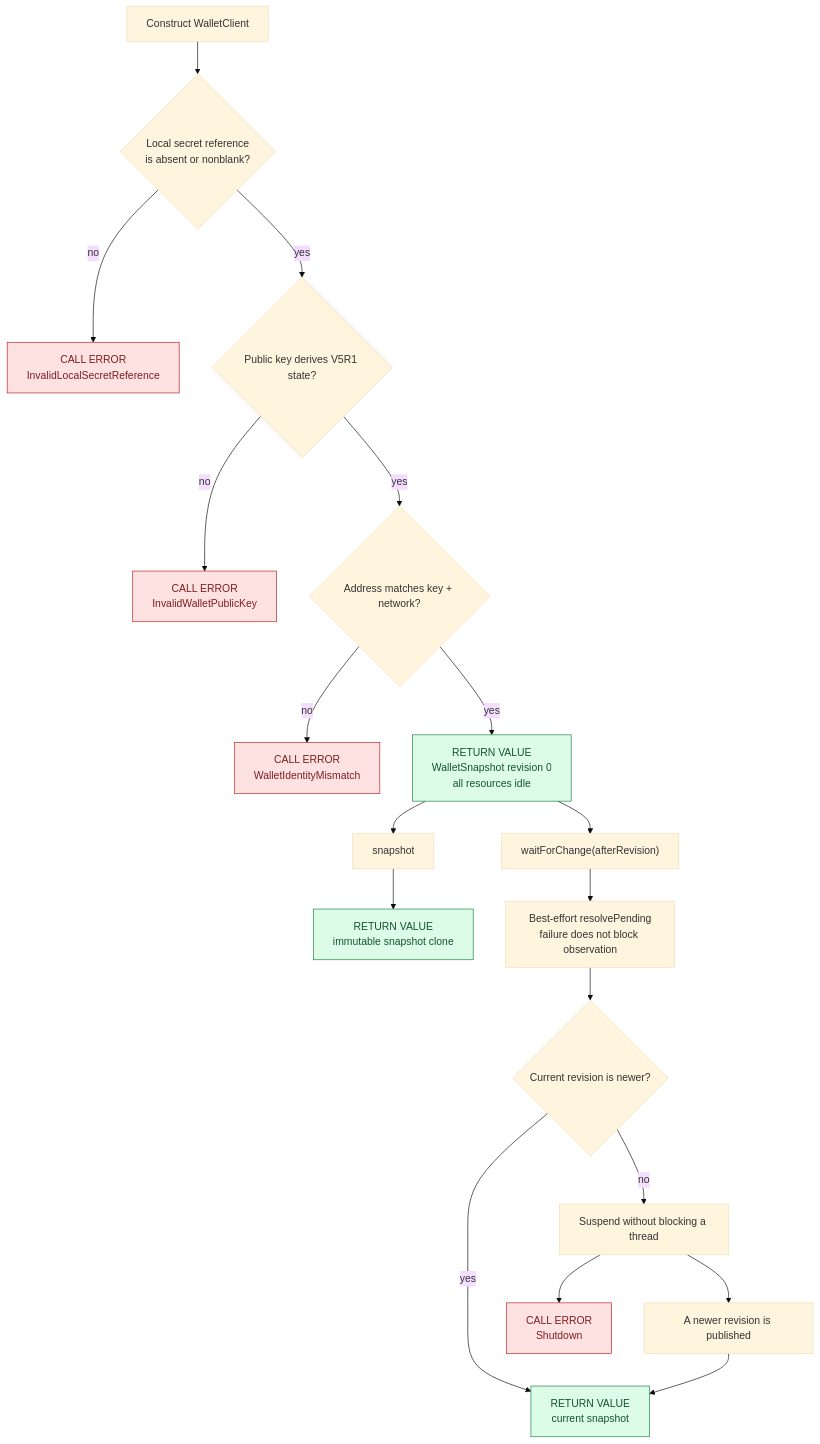
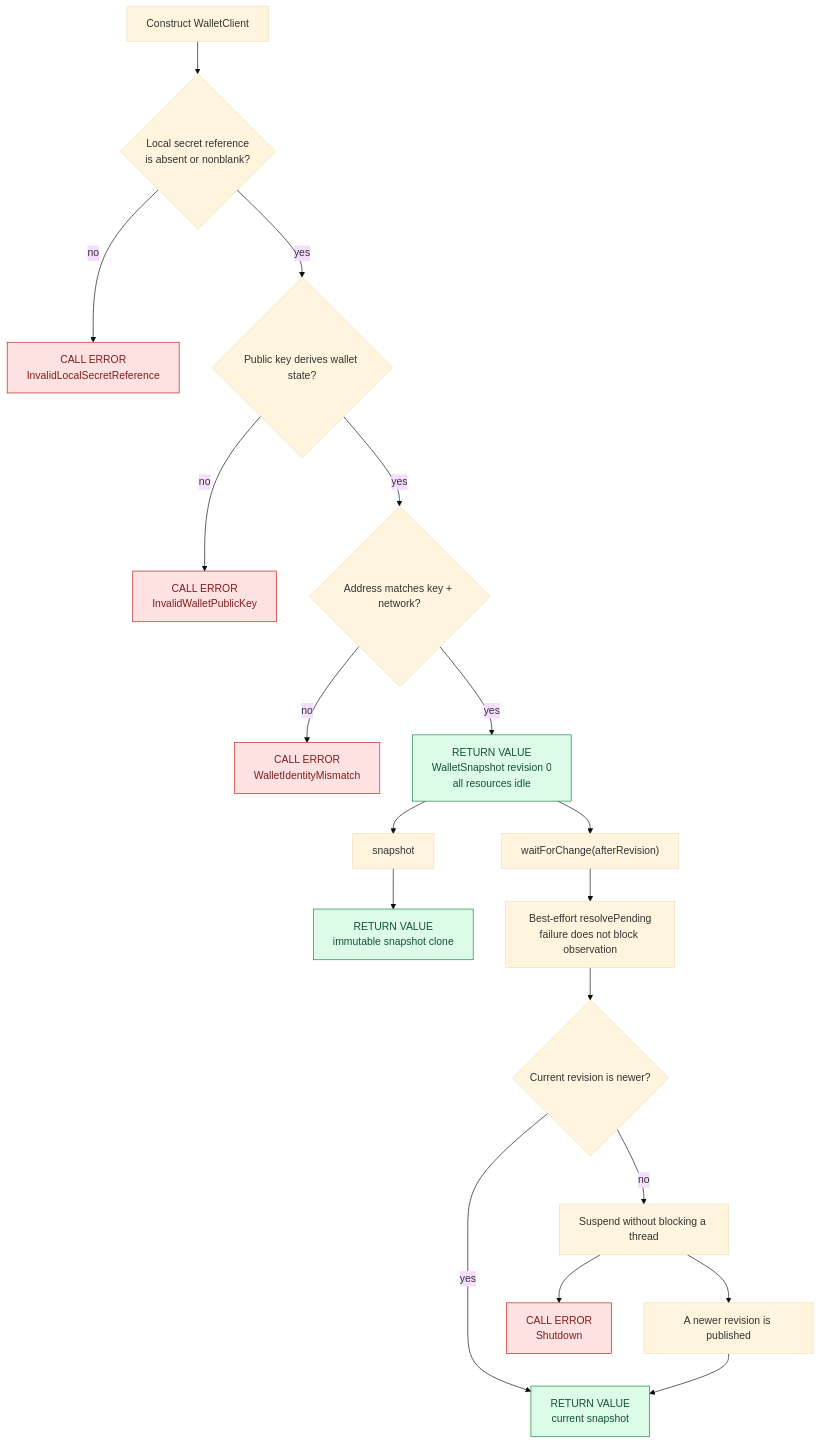
The third of 9 diagrams in README.md (i582/wallet-engine), drawn with Mermaid (base theme) before and after one commit. The commit also changed other lines of this file and 31 other files, not shown here.

````diff
--- a/README.md
+++ b/README.md
@@ -263,31 +263,31 @@
 ```mermaid
 flowchart TD
     New["Construct WalletClient"]
     SecretRef{"Local secret reference<br/>is absent or nonblank?"}
     New --> SecretRef
     SecretRef -- no --> BadSecretRef["CALL ERROR<br/>InvalidLocalSecretReference"]
-    SecretRef -- yes --> PublicKey{"Public key derives V5R1 state?"}
+    SecretRef -- yes --> PublicKey{"Public key derives wallet state?"}
     PublicKey -- no --> BadKey["CALL ERROR<br/>InvalidWalletPublicKey"]
     PublicKey -- yes --> Identity{"Address matches key + network?"}
     Identity -- no --> BadIdentity["CALL ERROR<br/>WalletIdentityMismatch"]
     Initial["RETURN VALUE<br/>WalletSnapshot revision 0<br/>all resources idle"]
     Identity -- yes --> Initial
 
     Initial --> SnapshotCall["snapshot"]
     SnapshotCall --> Clone["RETURN VALUE<br/>immutable snapshot clone"]
 
     Initial --> Wait["waitForChange(afterRevision)"]
     StartupResolve["Best-effort resolvePending<br/>failure does not block observation"]
     Wait --> StartupResolve
     StartupResolve --> Newer{"Current revision is newer?"}
     Newer -- yes --> Changed["RETURN VALUE<br/>current snapshot"]
     Newer -- no --> Suspend["Suspend without blocking a thread"]
     Suspend --> Published["A newer revision is published"]
     Published --> Changed
     Suspend --> Shut["CALL ERROR<br/>Shutdown"]
 
     classDef result fill:#dcfce7,stroke:#15803d,color:#14532d;
     classDef callError fill:#fee2e2,stroke:#b91c1c,color:#7f1d1d;
     class Initial,Clone,Changed result;
     class BadSecretRef,BadKey,BadIdentity,Shut callError;
 ```
````
